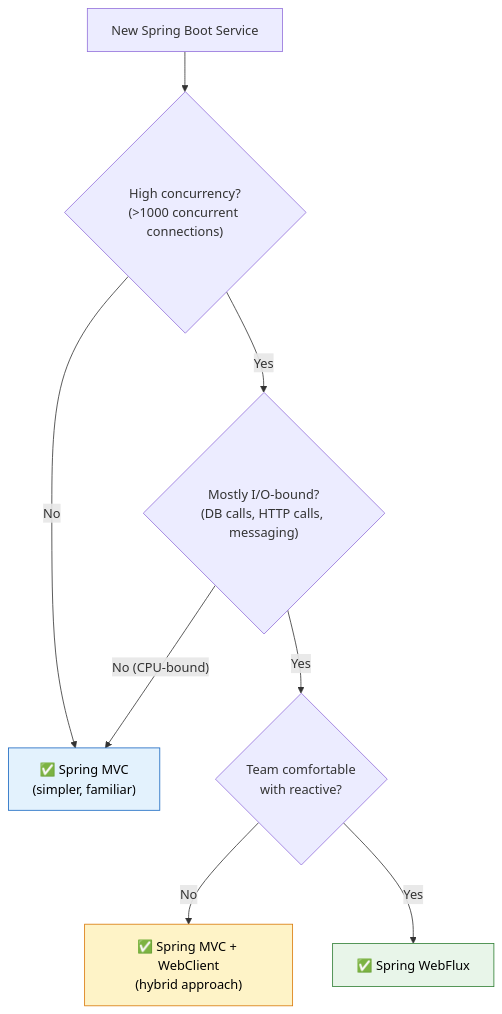
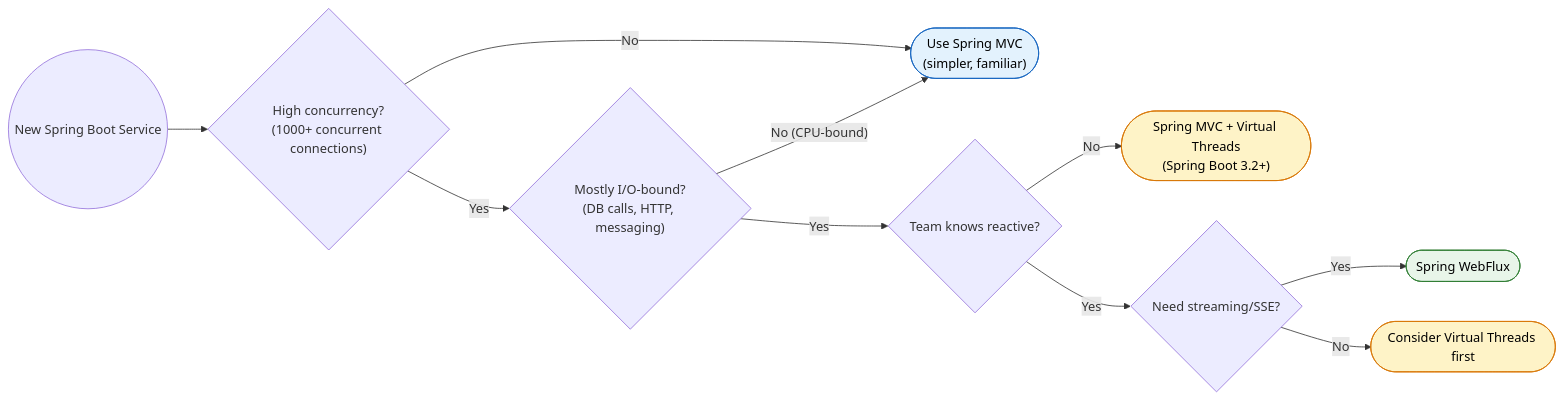
Before and after one commit to saivamsikaruturi/vamsilabs-dev-notes-main: the fifth of 5 diagrams in docs/springboot/webflux.md, drawn with Mermaid. The commit also changed other lines of this file and 146 other files, not shown here.

Commit message:
Horizontal diagrams, UML class diagrams, typography overhaul, and permalink cleanup

````diff
--- a/docs/springboot/webflux.md
+++ b/docs/springboot/webflux.md
@@ -453,14 +293,17 @@
 ```mermaid
-flowchart TD
-    Start["New Spring Boot Service"] --> Q1{"High concurrency?<br/>(>1000 concurrent connections)"}
-    Q1 -->|"No"| MVC["✅ Spring MVC<br/>(simpler, familiar)"]
-    Q1 -->|"Yes"| Q2{"Mostly I/O-bound?<br/>(DB calls, HTTP calls, messaging)"}
+flowchart LR
+    Start(("New Spring Boot Service")) --> Q1{"High concurrency?<br/>(1000+ concurrent connections)"}
+    Q1 -->|"No"| MVC(["Use Spring MVC<br/>(simpler, familiar)"])
+    Q1 -->|"Yes"| Q2{"Mostly I/O-bound?<br/>(DB calls, HTTP, messaging)"}
     Q2 -->|"No (CPU-bound)"| MVC
-    Q2 -->|"Yes"| Q3{"Team comfortable<br/>with reactive?"}
-    Q3 -->|"No"| MVC2["✅ Spring MVC + WebClient<br/>(hybrid approach)"]
-    Q3 -->|"Yes"| WF["✅ Spring WebFlux"]
+    Q2 -->|"Yes"| Q3{"Team knows reactive?"}
+    Q3 -->|"No"| MVC2(["Spring MVC + Virtual Threads<br/>(Spring Boot 3.2+)"])
+    Q3 -->|"Yes"| Q4{"Need streaming/SSE?"}
+    Q4 -->|"Yes"| WF(["Spring WebFlux"])
+    Q4 -->|"No"| MVC3(["Consider Virtual Threads first"])
 
     style MVC fill:#E3F2FD,stroke:#1565C0,color:#000
     style MVC2 fill:#FEF3C7,stroke:#D97706,color:#000
+    style MVC3 fill:#FEF3C7,stroke:#D97706,color:#000
     style WF fill:#E8F5E9,stroke:#2E7D32,color:#000
 ```
````
